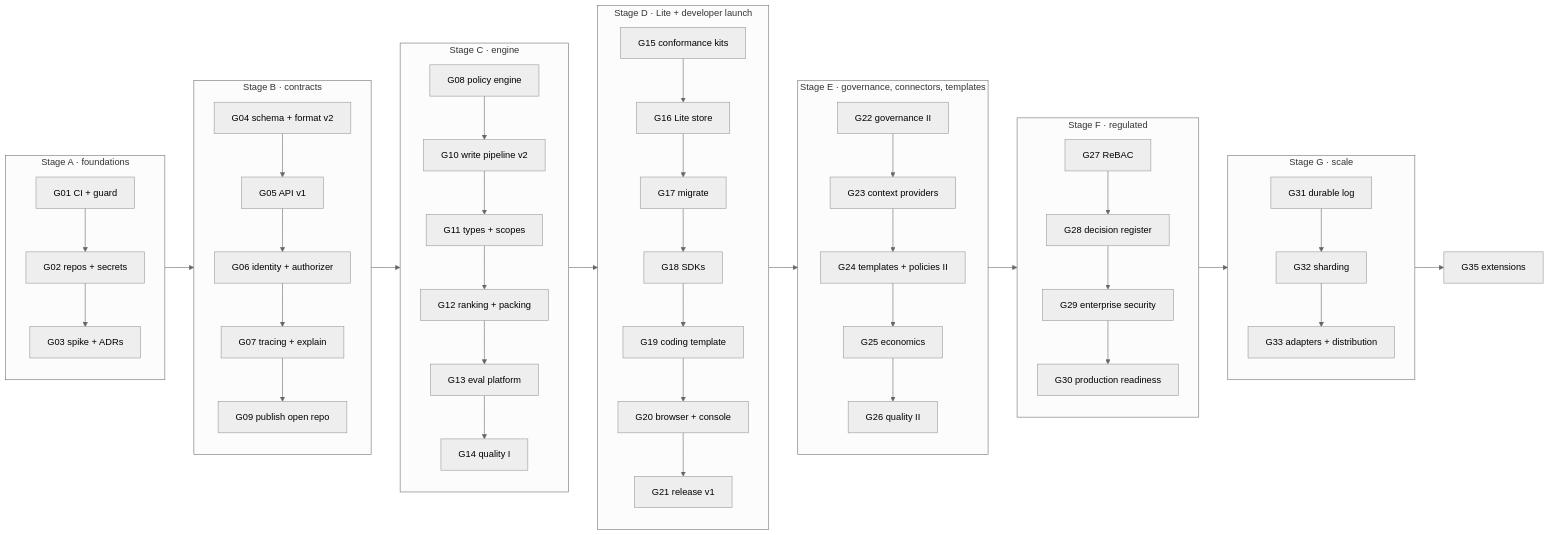
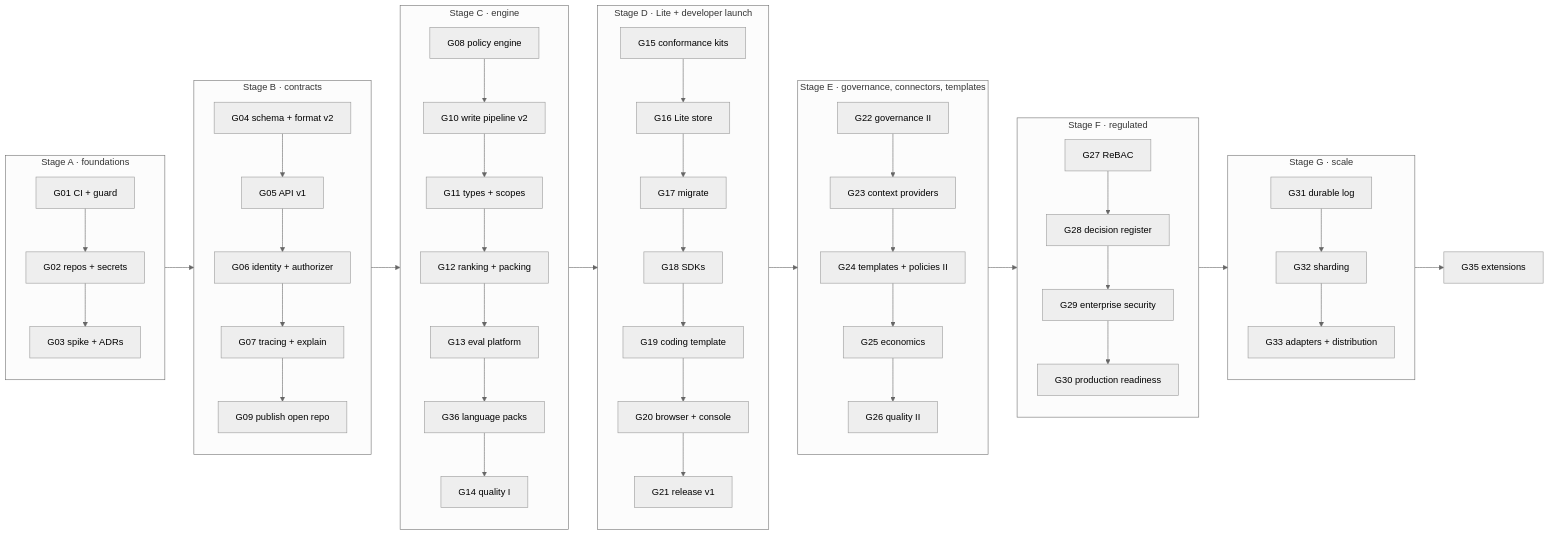
Before and after one commit to memhousehq/memhouse: the diagram in docs/roadmap.md, drawn with Mermaid (neutral theme). The commit also changed other lines of this file, not shown here.

First line of the commit message:
roadmap: G36 language packs (word lists as data, 24 EU languages) (#20)

````diff
--- a/docs/roadmap.md
+++ b/docs/roadmap.md
@@ -260,26 +261,26 @@
 ```mermaid
 flowchart LR
     subgraph A[Stage A · foundations]
         G01[G01 CI + guard] --> G02[G02 repos + secrets] --> G03[G03 spike + ADRs]
     end
     subgraph B[Stage B · contracts]
         G04[G04 schema + format v2] --> G05[G05 API v1] --> G06[G06 identity + authorizer] --> G07[G07 tracing + explain] --> G09[G09 publish open repo]
     end
     subgraph C[Stage C · engine]
-        G08[G08 policy engine] --> G10[G10 write pipeline v2] --> G11[G11 types + scopes] --> G12[G12 ranking + packing] --> G13[G13 eval platform] --> G14[G14 quality I]
+        G08[G08 policy engine] --> G10[G10 write pipeline v2] --> G11[G11 types + scopes] --> G12[G12 ranking + packing] --> G13[G13 eval platform] --> G36[G36 language packs] --> G14[G14 quality I]
     end
     subgraph D[Stage D · Lite + developer launch]
         G15[G15 conformance kits] --> G16[G16 Lite store] --> G17[G17 migrate] --> G18[G18 SDKs] --> G19[G19 coding template] --> G20[G20 browser + console] --> G21[G21 release v1]
     end
     subgraph E[Stage E · governance, connectors, templates]
         G22[G22 governance II] --> G23[G23 context providers] --> G24[G24 templates + policies II] --> G25[G25 economics] --> G26[G26 quality II]
     end
     subgraph F[Stage F · regulated]
         G27[G27 ReBAC] --> G28[G28 decision register] --> G29[G29 enterprise security] --> G30[G30 production readiness]
     end
     subgraph G[Stage G · scale]
         G31[G31 durable log] --> G32[G32 sharding] --> G33[G33 adapters + distribution]
     end
     H[G35 extensions]
     A --> B --> C --> D --> E --> F --> G --> H
 ```
````
